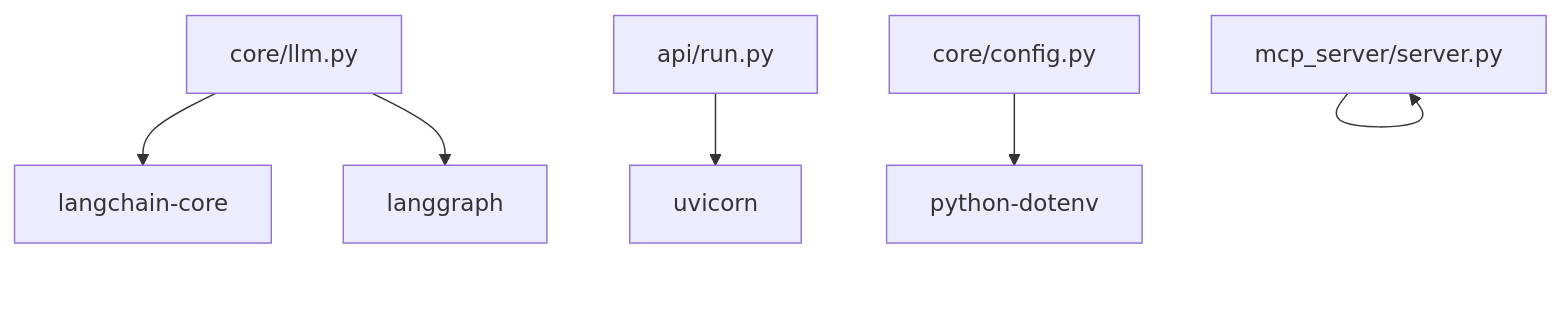
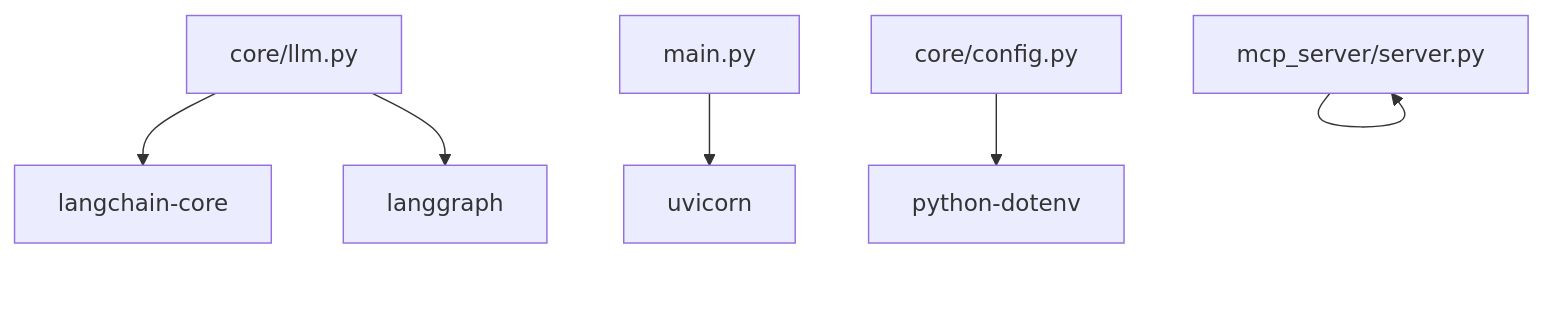
Before and after one commit to tashifkhan/tashif.codes: the eighth of 8 diagrams in src/data/docs/agentic-browser/Project Overview.md, drawn with Mermaid. The commit also changed other lines of this file and 2128 other files, not shown here.

First line of the commit message:
docs: replace raster diagram images with native Mermaid across project guides

````diff
--- a/src/data/docs/agentic-browser/Project Overview.md
+++ b/src/data/docs/agentic-browser/Project Overview.md
@@ -220,13 +221,13 @@
 ```mermaid
 graph TB
 LCA["langchain-core"]
 LCG["langgraph"]
 MCP["mcp"]
 UVI["uvicorn"]
 DOT["python-dotenv"]
 LLM["core/llm.py"] --> LCA
 LLM --> LCG
 MCP["mcp_server/server.py"] --> MCP
-API["api/run.py"] --> UVI
+API["main.py"] --> UVI
 CFG["core/config.py"] --> DOT
 ```
````
